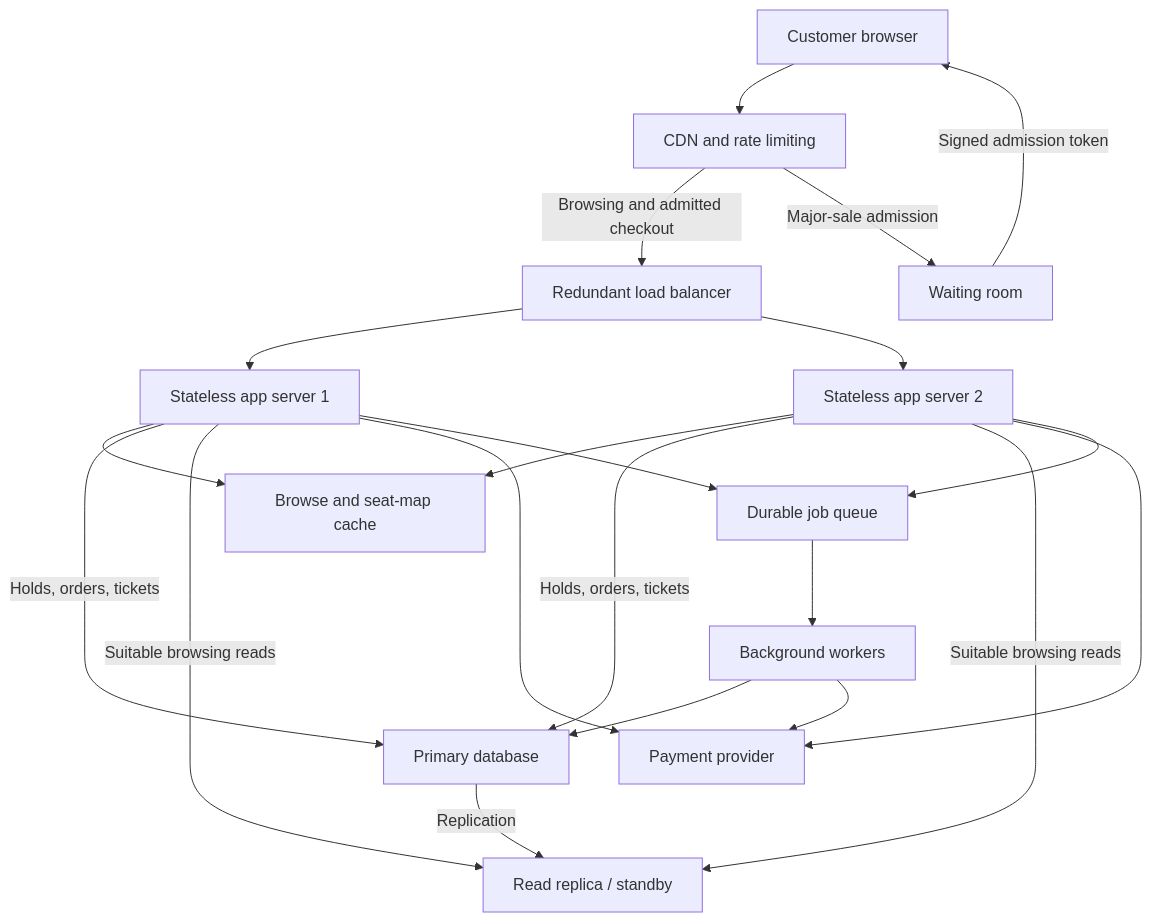
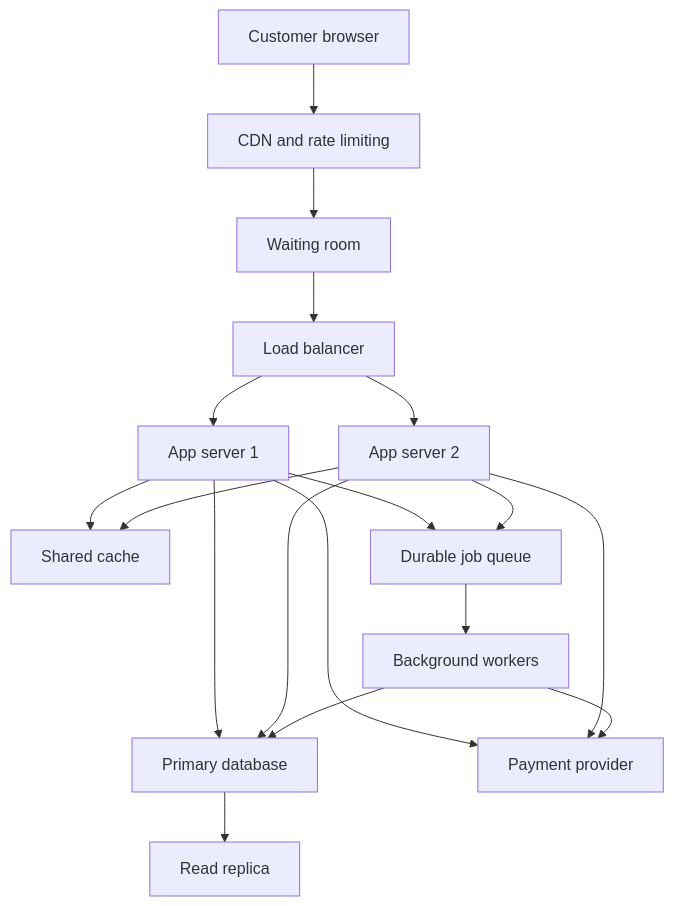
One commit to Jnr106/web-foundations-days changed the diagram in day8/ticketing-design.md. Above: the diagram before and after it, drawn with Mermaid. The commit also changed other lines of this file, not shown here.

Commit message:
Simplify TicketHub architecture diagram

````diff
--- a/day8/ticketing-design.md
+++ b/day8/ticketing-design.md
@@ -340,37 +340,22 @@
 ```mermaid
 flowchart TD
-    Client["Customer browser"]
-    Edge["CDN and rate limiting"]
-    Waiting["Waiting room"]
-    LB["Redundant load balancer"]
-    App1["Stateless app server 1"]
-    App2["Stateless app server 2"]
-    Cache["Browse and seat-map cache"]
-    Primary["Primary database"]
-    Replica["Read replica / standby"]
-    Provider["Payment provider"]
-    Queue["Durable job queue"]
-    Worker["Background workers"]
+    Client["Customer browser"] --> Edge["CDN and rate limiting"]
+    Edge --> Waiting["Waiting room"]
+    Waiting --> LB["Load balancer"]
+    LB --> App1["App server 1"]
+    LB --> App2["App server 2"]
 
-    Client --> Edge
-    Edge -->|"Browsing and admitted checkout"| LB
-    Edge -->|"Major-sale admission"| Waiting
-    Waiting -->|"Signed admission token"| Client
+    App1 --> Cache["Shared cache"]
+    App2 --> Cache
+    App1 --> Primary["Primary database"]
+    App2 --> Primary
+    Primary --> Replica["Read replica"]
 
-    LB --> App1
-    LB --> App2
-    App1 --> Cache
-    App2 --> Cache
-    App1 -->|"Holds, orders, tickets"| Primary
-    App2 -->|"Holds, orders, tickets"| Primary
-    Primary -->|"Replication"| Replica
-    App1 -->|"Suitable browsing reads"| Replica
-    App2 -->|"Suitable browsing reads"| Replica
-    App1 --> Provider
-    App2 --> Provider
-    App1 --> Queue
+    App1 --> Payment["Payment provider"]
+    App2 --> Payment
+    App1 --> Queue["Durable job queue"]
     App2 --> Queue
-    Queue --> Worker
+    Queue --> Worker["Background workers"]
     Worker --> Primary
-    Worker --> Provider
+    Worker --> Payment
 ```
````
